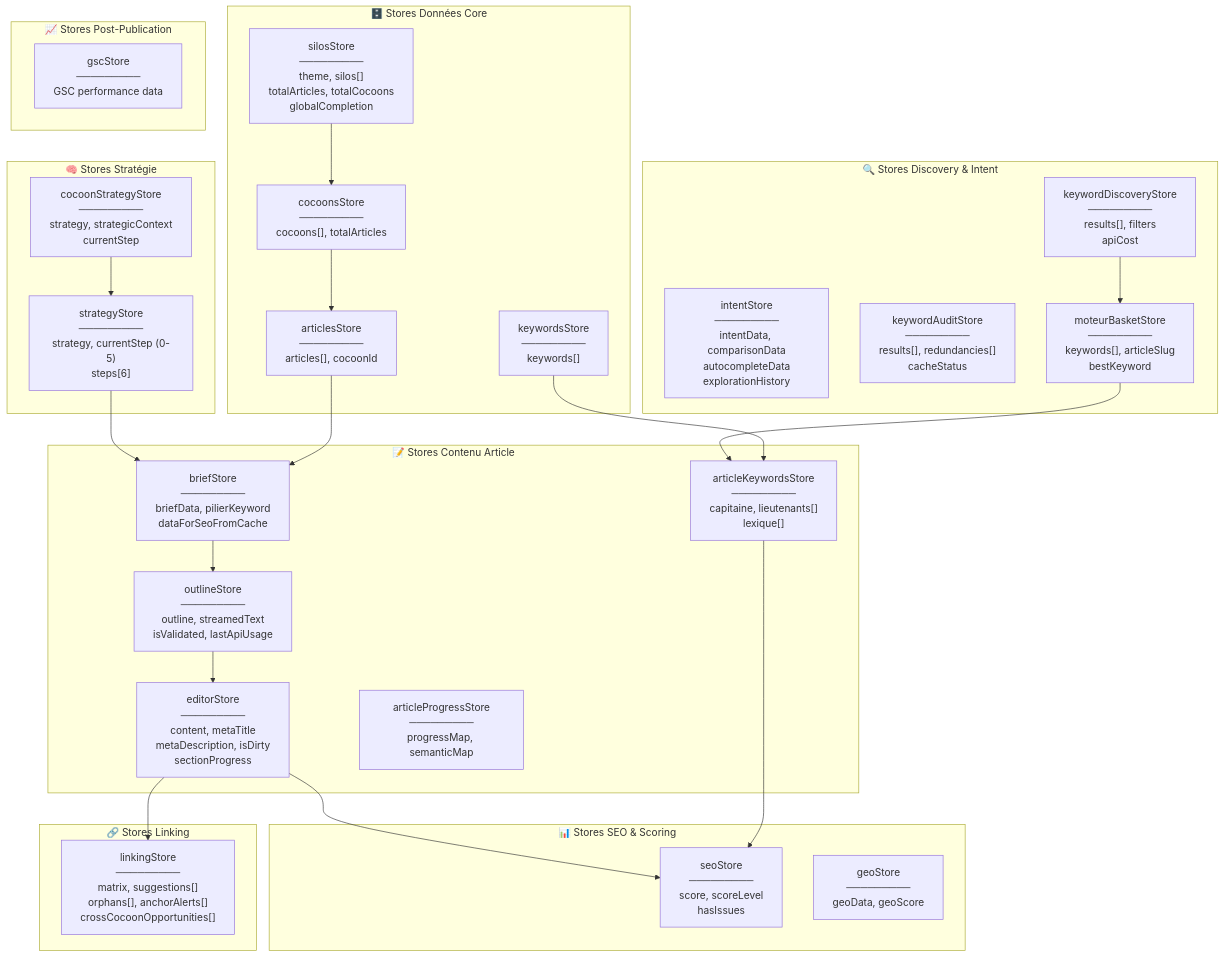
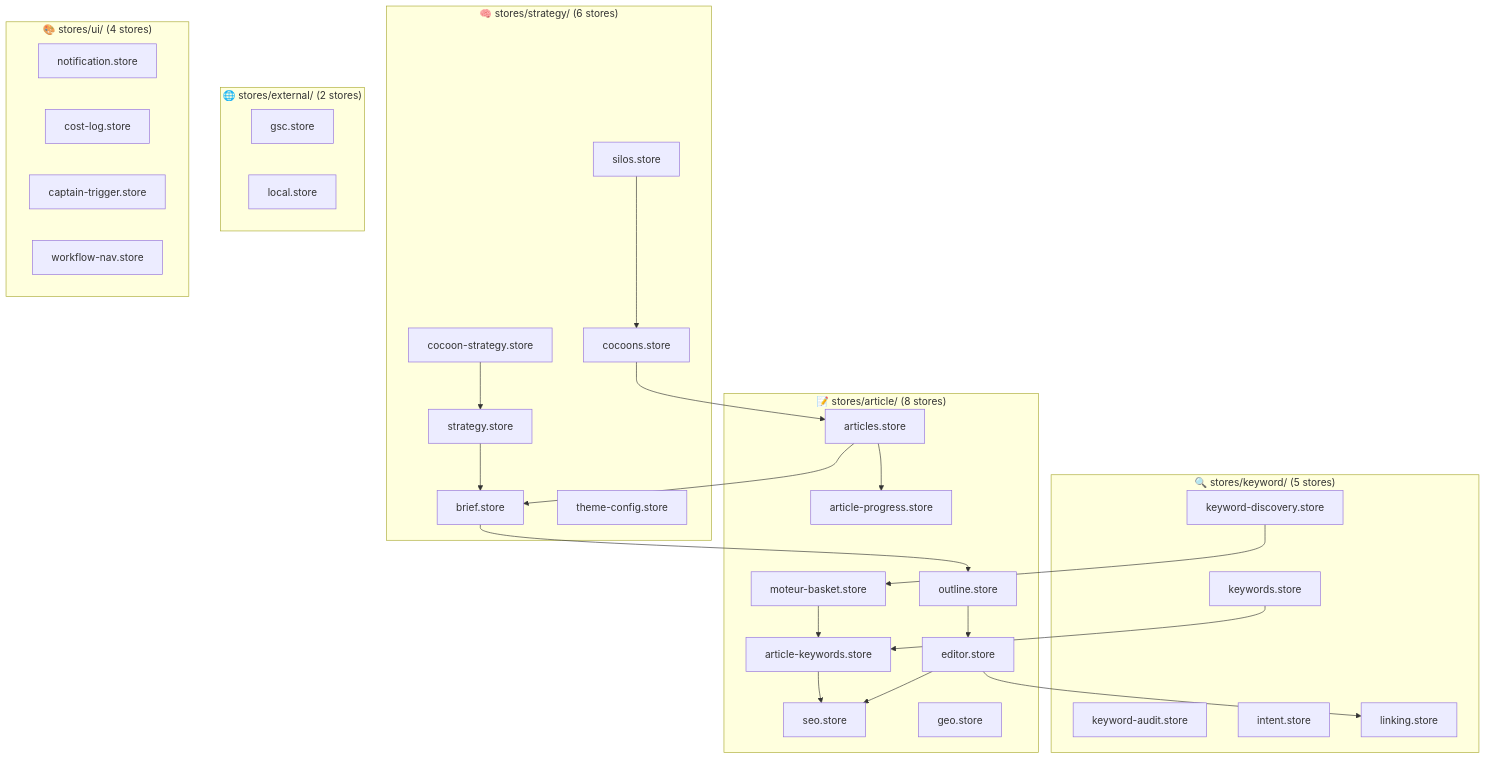
One commit to annubis-knight/Blog_Redactor_SEO changed the third of 24 diagrams in ARCHITECTURE_FLOWS.md. Above: the diagram before and after it, drawn with Mermaid. The commit also changed other lines of this file and 400 other files, not shown here.

````diff
--- a/ARCHITECTURE_FLOWS.md
+++ b/ARCHITECTURE_FLOWS.md
@@ -147,56 +194,57 @@
 ```mermaid
 graph TB
-    subgraph Core["🗄️ Stores Données Core"]
-        silos["silosStore<br>─────────<br>theme, silos[]<br>totalArticles, totalCocoons<br>globalCompletion"]
-        cocoons["cocoonsStore<br>─────────<br>cocoons[], totalArticles"]
-        articles["articlesStore<br>─────────<br>articles[], cocoonId"]
-        keywords["keywordsStore<br>─────────<br>keywords[]"]
+    subgraph Article["📝 stores/article/ (8 stores)"]
+        articles["articles.store"]
+        editor["editor.store"]
+        basket["moteur-basket.store"]
+        outline["outline.store"]
+        seo["seo.store"]
+        artKw["article-keywords.store"]
+        artProg["article-progress.store"]
+        geo["geo.store"]
     end
 
-    subgraph ArticleContent["📝 Stores Contenu Article"]
-        brief["briefStore<br>─────────<br>briefData, pilierKeyword<br>dataForSeoFromCache"]
-        outline["outlineStore<br>─────────<br>outline, streamedText<br>isValidated, lastApiUsage"]
-        editor["editorStore<br>─────────<br>content, metaTitle<br>metaDescription, isDirty<br>sectionProgress"]
-        artKw["articleKeywordsStore<br>─────────<br>capitaine, lieutenants[]<br>lexique[]"]
-        artProg["articleProgressStore<br>─────────<br>progressMap, semanticMap"]
+    subgraph Keyword["🔍 stores/keyword/ (5 stores)"]
+        keywords["keywords.store"]
+        kwDisc["keyword-discovery.store"]
+        kwAudit["keyword-audit.store"]
+        intent["intent.store"]
+        linking["linking.store"]
     end
 
-    subgraph Strategy["🧠 Stores Stratégie"]
-        strat["strategyStore<br>─────────<br>strategy, currentStep (0-5)<br>steps[6]"]
-        cocStrat["cocoonStrategyStore<br>─────────<br>strategy, strategicContext<br>currentStep"]
+    subgraph Strategy["🧠 stores/strategy/ (6 stores)"]
+        silos["silos.store"]
+        cocoons["cocoons.store"]
+        cocStrat["cocoon-strategy.store"]
+        strat["strategy.store"]
+        brief["brief.store"]
+        theme["theme-config.store"]
     end
 
-    subgraph SEO["📊 Stores SEO & Scoring"]
-        seo["seoStore<br>─────────<br>score, scoreLevel<br>hasIssues"]
-        geo["geoStore<br>─────────<br>geoData, geoScore"]
+    subgraph External["🌐 stores/external/ (2 stores)"]
+        gsc["gsc.store"]
+        local["local.store"]
     end
 
-    subgraph Discovery["🔍 Stores Discovery & Intent"]
-        intent["intentStore<br>─────────<br>intentData, comparisonData<br>autocompleteData<br>explorationHistory"]
-        kwDisc["keywordDiscoveryStore<br>─────────<br>results[], filters<br>apiCost"]
-        kwAudit["keywordAuditStore<br>─────────<br>results[], redundancies[]<br>cacheStatus"]
-        basket["moteurBasketStore<br>─────────<br>keywords[], articleSlug<br>bestKeyword"]
-    end
-
-    subgraph Linking["🔗 Stores Linking"]
-        linking["linkingStore<br>─────────<br>matrix, suggestions[]<br>orphans[], anchorAlerts[]<br>crossCocoonOpportunities[]"]
-    end
-
-    subgraph PostPub["📈 Stores Post-Publication"]
-        gsc["gscStore<br>─────────<br>GSC performance data"]
+    subgraph UI["🎨 stores/ui/ (4 stores)"]
+        notif["notification.store"]
+        cost["cost-log.store"]
+        captTrig["captain-trigger.store"]
+        wfNav["workflow-nav.store"]
     end
 
     silos --> cocoons
     cocoons --> articles
     articles --> brief
     brief --> outline
     outline --> editor
     keywords --> artKw
     artKw --> seo
     editor --> seo
     strat --> brief
     cocStrat --> strat
     kwDisc --> basket
     basket --> artKw
     editor --> linking
+    articles --> artProg
 ```
````
